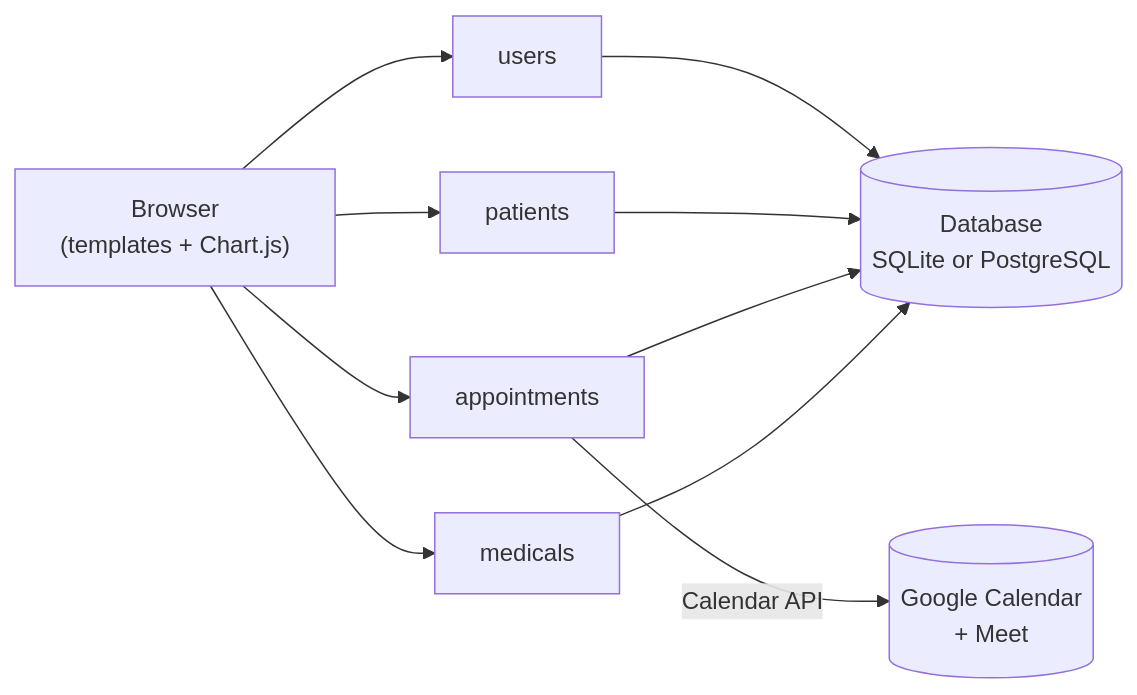
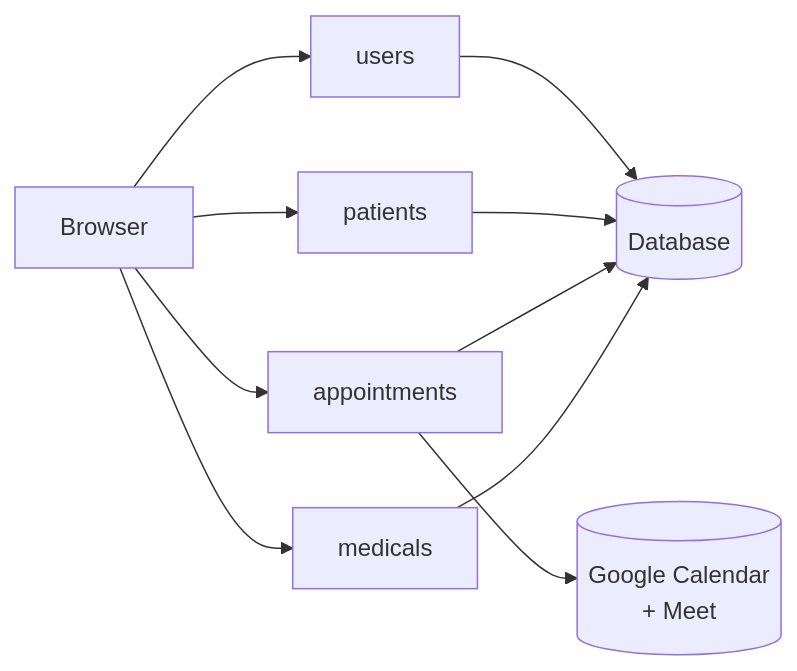
Before and after one commit to FARAD56/HMS-software: the first of 2 diagrams in docs/architecture.md, drawn with Mermaid. The commit also changed other lines of this file and 6 other files, not shown here.

````diff
--- a/docs/architecture.md
+++ b/docs/architecture.md
@@ -17,9 +17,9 @@
 ```mermaid
 flowchart LR
-    B["Browser<br/>(templates + Chart.js)"] --> U["users"]
+    B["Browser"] --> U["users"]
     B --> P["patients"]
     B --> A["appointments"]
     B --> M["medicals"]
-    A -- "Calendar API" --> G[("Google Calendar<br/>+ Meet")]
-    U & P & A & M --> D[("Database<br/>SQLite or PostgreSQL")]
+    A --> G[("Google Calendar<br/>+ Meet")]
+    U & P & A & M --> D[("Database")]
 ```
````
